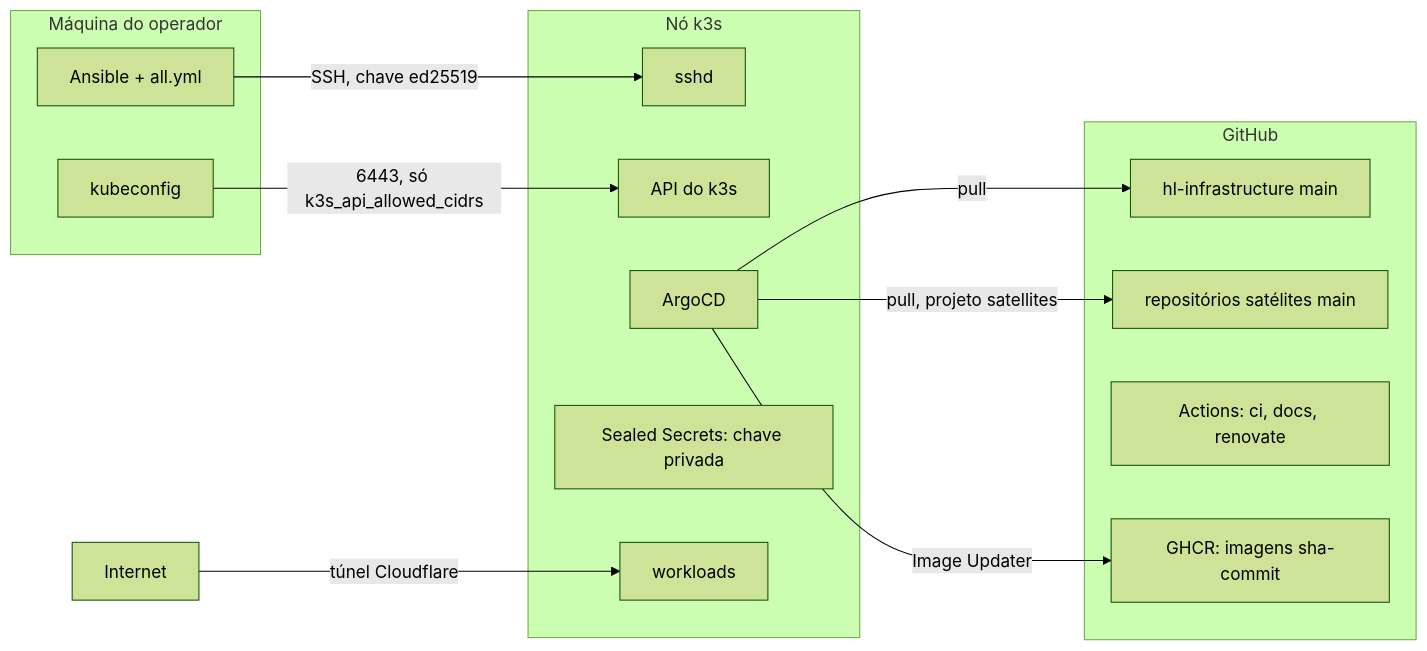
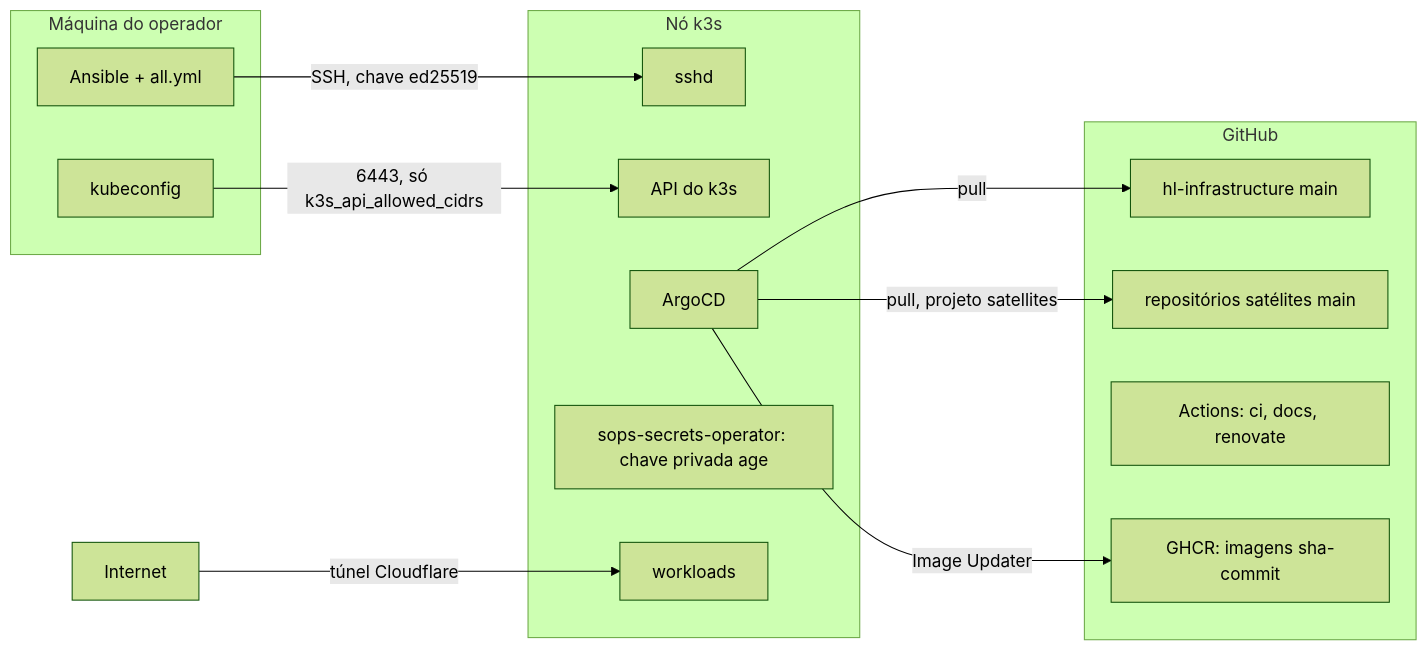
One commit to guesant/hl-infrastructure changed the first of 2 diagrams in docs/arquitetura/modelo-de-ameacas.md. Above: the diagram before and after it, drawn with Mermaid (forest theme). The commit also changed other lines of this file and 36 other files, not shown here.

First line of the commit message:
refactor(secrets): replace Sealed Secrets with sops-secrets-operator

````diff
--- a/docs/arquitetura/modelo-de-ameacas.md
+++ b/docs/arquitetura/modelo-de-ameacas.md
@@ -11,27 +11,27 @@
 ```mermaid
 flowchart LR
   subgraph operador["Máquina do operador"]
     ansible["Ansible + all.yml"]
     kubeconfig["kubeconfig"]
   end
   subgraph github["GitHub"]
     infra["hl-infrastructure main"]
     sat["repositórios satélites main"]
     actions["Actions: ci, docs, renovate"]
     ghcr["GHCR: imagens sha-commit"]
   end
   subgraph node["Nó k3s"]
     ssh["sshd"]
     api["API do k3s"]
     argo["ArgoCD"]
-    ss["Sealed Secrets: chave privada"]
+    ss["sops-secrets-operator: chave privada age"]
     apps["workloads"]
   end
   internet["Internet"]
   ansible -->|SSH, chave ed25519| ssh
   kubeconfig -->|6443, só k3s_api_allowed_cidrs| api
   argo -->|pull| infra
   argo -->|pull, projeto satellites| sat
   argo -->|Image Updater| ghcr
   internet -->|túnel Cloudflare| apps
 ```
````
